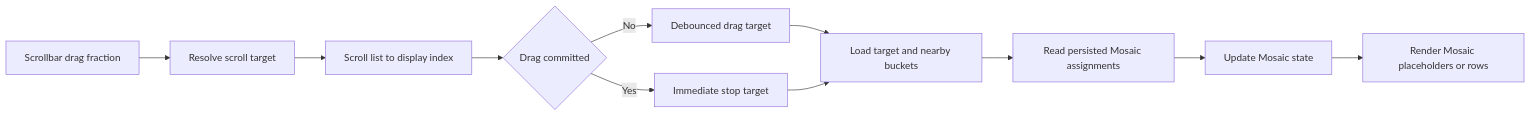
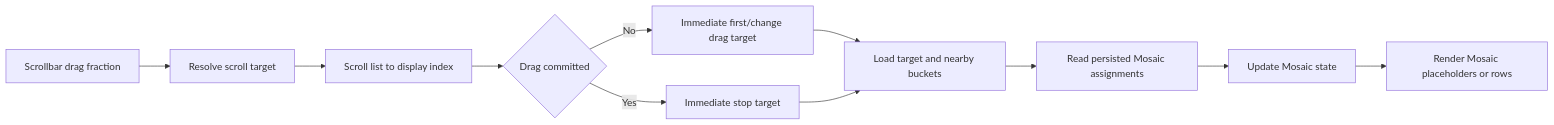
One commit to ch4ndu/ImmichGallery changed the sixth of 7 diagrams in docs/timeline.md. Above: the diagram before and after it, drawn with Mermaid. The commit also changed other lines of this file and 49 other files, not shown here.

Commit message:
Timeline mosiac improvements

````diff
--- a/docs/timeline.md
+++ b/docs/timeline.md
@@ -290,13 +404,13 @@
 ```mermaid
 graph LR
     drag["Scrollbar drag fraction"] --> target["Resolve scroll target"]
     target --> scroll["Scroll list to display index"]
     scroll --> commit{"Drag committed"}
-    commit -->|No| debounce["Debounced drag target"]
+    commit -->|No| dragTarget["Immediate first/change drag target"]
     commit -->|Yes| stop["Immediate stop target"]
-    debounce --> load["Load target and nearby buckets"]
+    dragTarget --> load["Load target and nearby buckets"]
     stop --> load
     load --> read["Read persisted Mosaic assignments"]
     read --> state["Update Mosaic state"]
     state --> render["Render Mosaic placeholders or rows"]
 ```
````
